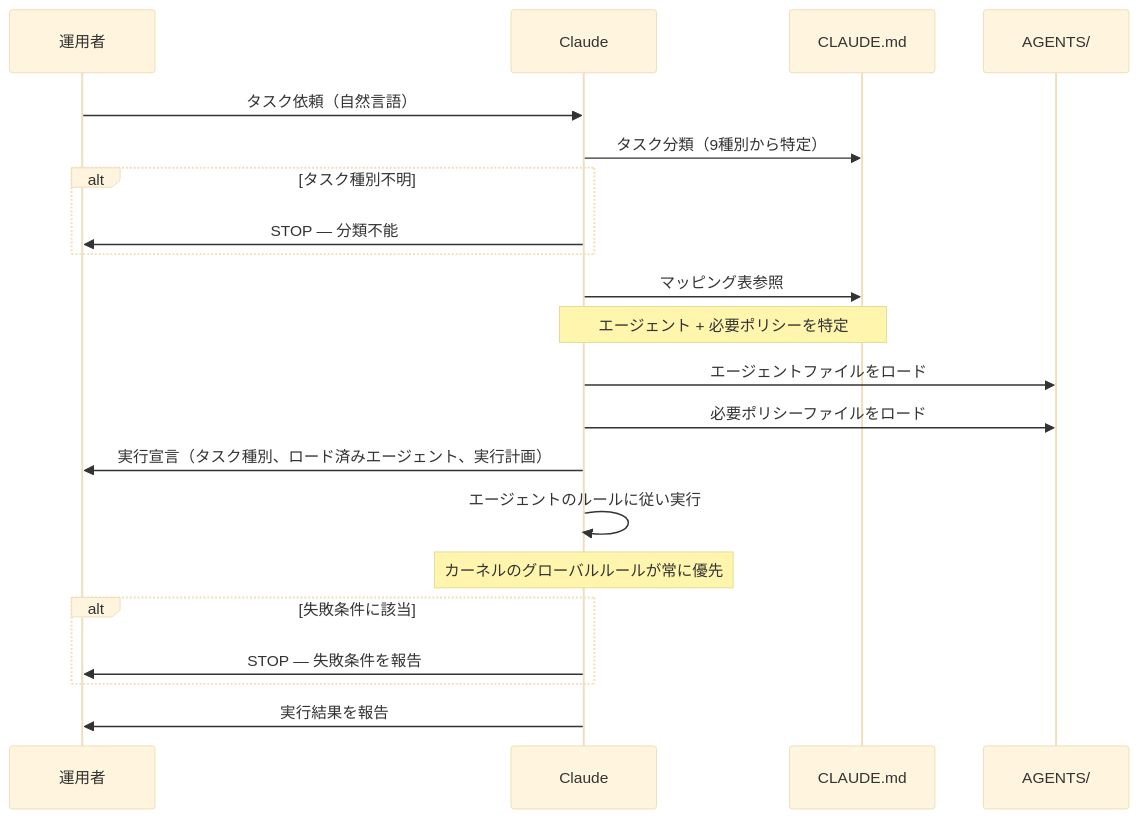
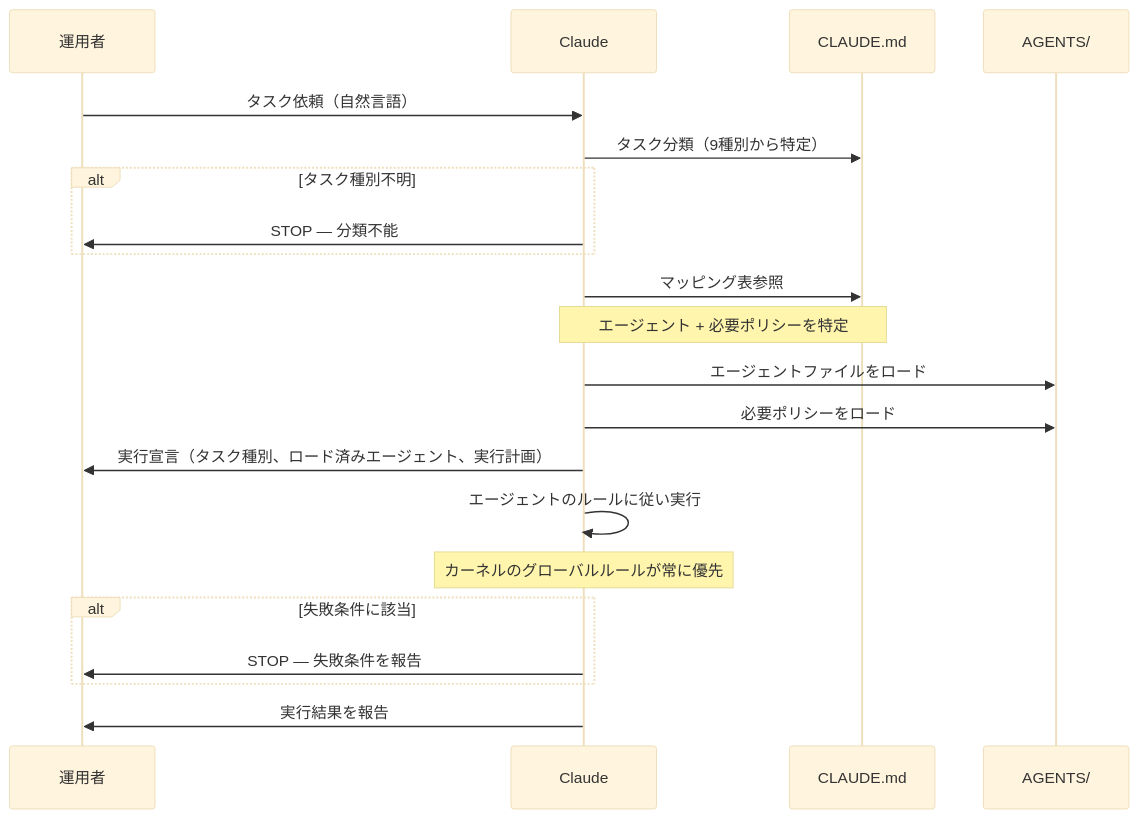
Before and after one commit to kenoogl/Rwiki-dev: the second of 3 diagrams in .kiro/specs/agents-system/design.md, drawn with Mermaid (base theme). The commit also changed other lines of this file and 16 other files, not shown here.

````diff
--- a/.kiro/specs/agents-system/design.md
+++ b/.kiro/specs/agents-system/design.md
@@ -154,24 +154,24 @@
 ```mermaid
 sequenceDiagram
     participant User as 運用者
     participant Claude
     participant Kernel as CLAUDE.md
     participant Agent as AGENTS/
 
     User->>Claude: タスク依頼（自然言語）
     Claude->>Kernel: タスク分類（9種別から特定）
     alt タスク種別不明
         Claude->>User: STOP — 分類不能
     end
     Claude->>Kernel: マッピング表参照
     Note over Claude,Kernel: エージェント + 必要ポリシーを特定
     Claude->>Agent: エージェントファイルをロード
-    Claude->>Agent: 必要ポリシーファイルをロード
+    Claude->>Agent: 必要ポリシーをロード
     Claude->>User: 実行宣言（タスク種別、ロード済みエージェント、実行計画）
     Claude->>Claude: エージェントのルールに従い実行
     Note over Claude: カーネルのグローバルルールが常に優先
     alt 失敗条件に該当
         Claude->>User: STOP — 失敗条件を報告
     end
     Claude->>User: 実行結果を報告
 ```
````
